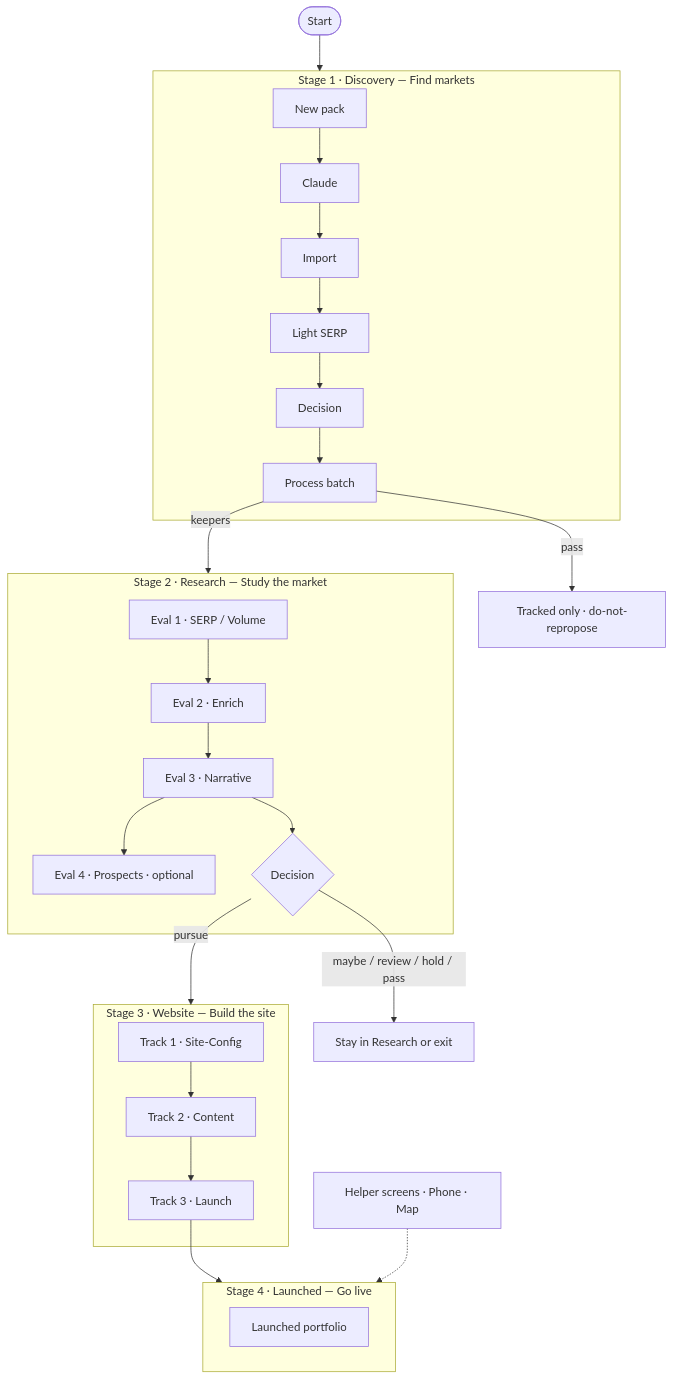
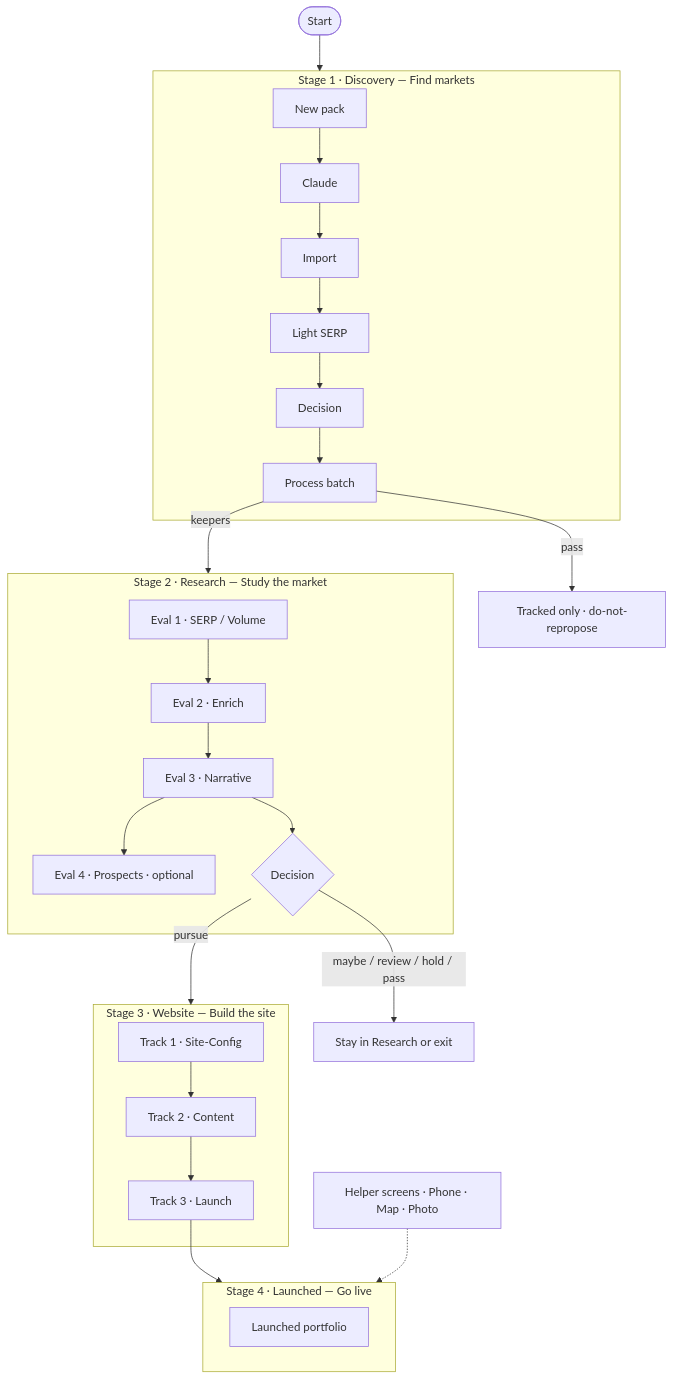
One commit to Gpete4444/city-niche-tracker changed the first of 2 diagrams in docs/ROVER-FLOW.md. Above: the diagram before and after it, drawn with Mermaid. The commit also changed 59 other files, not shown here.

````diff
--- a/docs/ROVER-FLOW.md
+++ b/docs/ROVER-FLOW.md
@@ -9,38 +9,38 @@
 ```mermaid
 flowchart TD
   start([Start]) --> D
 
   subgraph D [Stage 1 · Discovery — Find markets]
     D1[New pack] --> D2[Claude]
     D2 --> D3[Import]
     D3 --> D4[Light SERP]
     D4 --> D5[Decision]
     D5 --> D6[Process batch]
   end
 
   D6 -->|keepers| R
   D6 -->|pass| Tracked[Tracked only · do-not-repropose]
 
   subgraph R [Stage 2 · Research — Study the market]
     R1[Eval 1 · SERP / Volume] --> R2[Eval 2 · Enrich]
     R2 --> R3[Eval 3 · Narrative]
     R3 --> R4[Eval 4 · Prospects · optional]
     R3 --> Decide{Decision}
   end
 
   Decide -->|pursue| W
   Decide -->|maybe / review / hold / pass| Stay[Stay in Research or exit]
 
   subgraph W [Stage 3 · Website — Build the site]
     W1[Track 1 · Site-Config] --> W2[Track 2 · Content]
     W2 --> W3[Track 3 · Launch]
   end
 
   W3 --> L
 
   subgraph L [Stage 4 · Launched — Go live]
     Live[Launched portfolio]
   end
 
-  Helpers[Helper screens · Phone · Map] -.-> L
+  Helpers[Helper screens · Phone · Map · Photo] -.-> L
 ```
````
